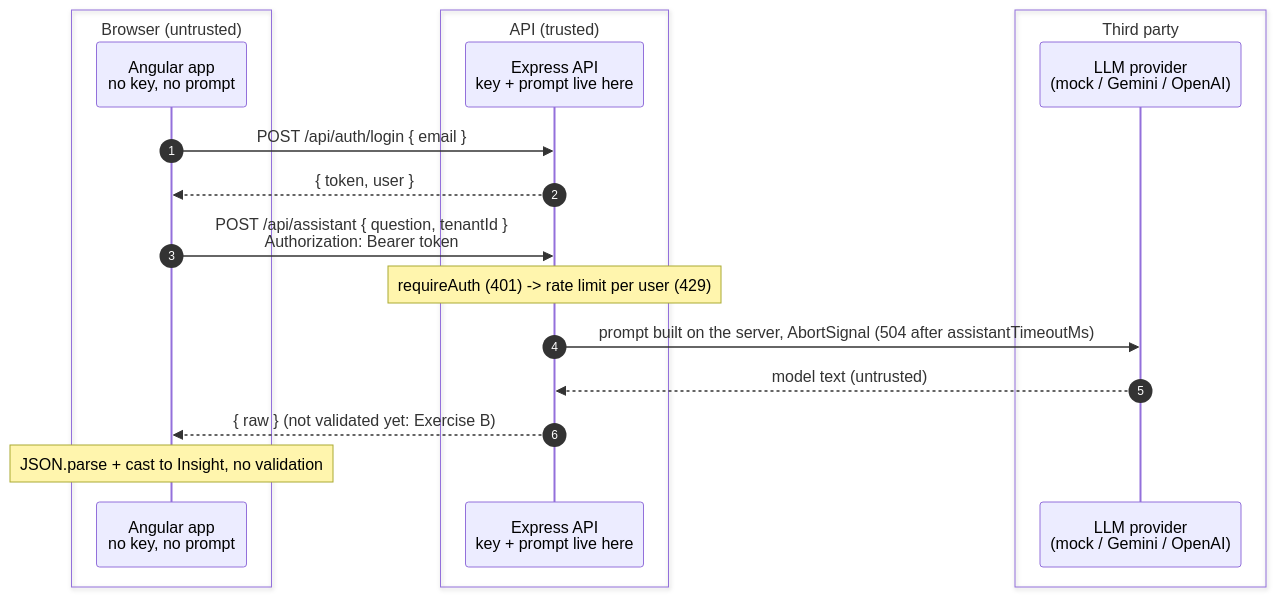
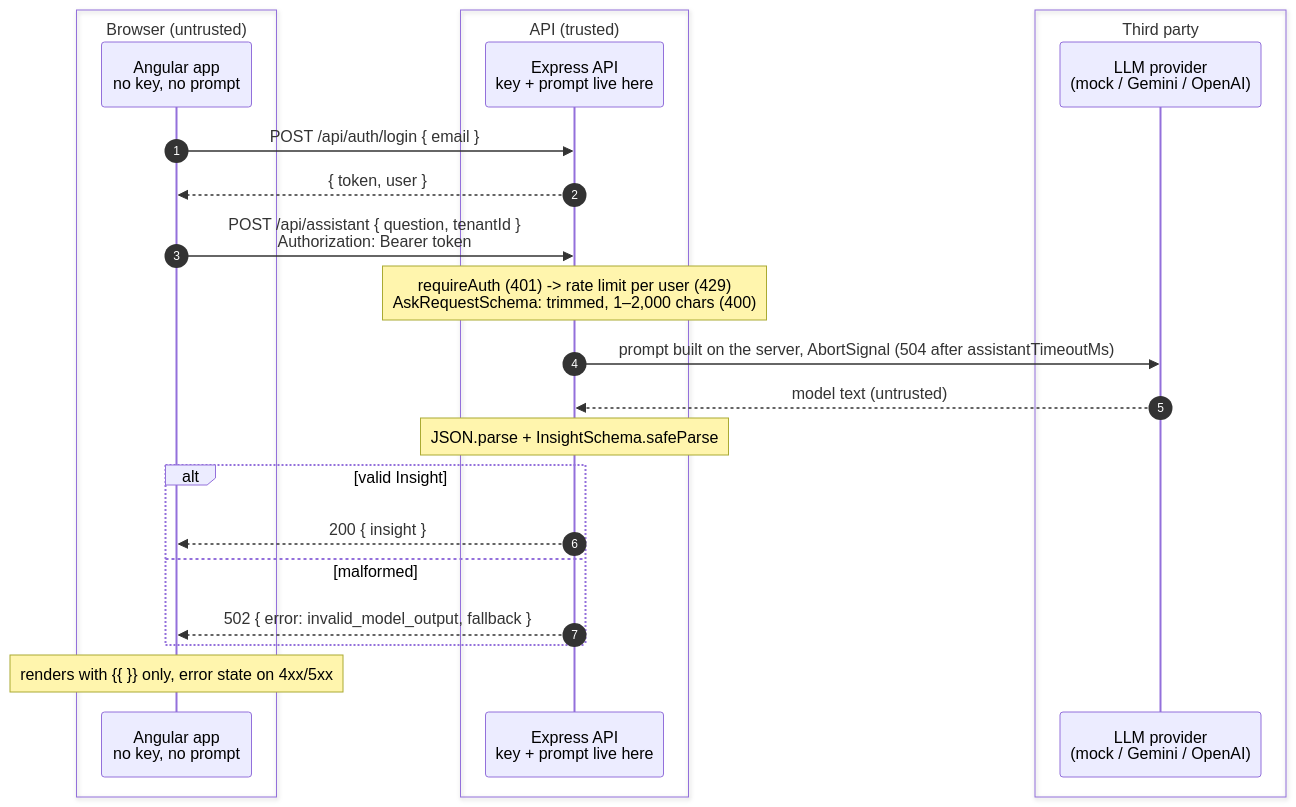
One commit to willmendesneto/workshop-secure-ai-features-in-modern-apps changed the diagram in docs/architecture.md. Above: the diagram before and after it, drawn with Mermaid. The commit also changed other lines of this file and 13 other files, not shown here.

Commit message:
feat(step-3): solve exercise B (input limits, output schema, 502 fallback); add exercise C materials

````diff
--- a/docs/architecture.md
+++ b/docs/architecture.md
@@ -17,21 +17,26 @@
 ```mermaid
 sequenceDiagram
   autonumber
   box Browser (untrusted)
     participant UI as Angular app<br/>no key, no prompt
   end
   box API (trusted)
     participant API as Express API<br/>key + prompt live here
   end
   box Third party
     participant P as LLM provider<br/>(mock / Gemini / OpenAI)
   end
   UI->>API: POST /api/auth/login { email }
   API-->>UI: { token, user }
   UI->>API: POST /api/assistant { question, tenantId }<br/>Authorization: Bearer token
-  Note over API: requireAuth (401) -> rate limit per user (429)
+  Note over API: requireAuth (401) -> rate limit per user (429)<br/>AskRequestSchema: trimmed, 1–2,000 chars (400)
   API->>P: prompt built on the server, AbortSignal (504 after assistantTimeoutMs)
   P-->>API: model text (untrusted)
-  API-->>UI: { raw } (not validated yet: Exercise B)
-  Note over UI: JSON.parse + cast to Insight, no validation
+  Note over API: JSON.parse + InsightSchema.safeParse
+  alt valid Insight
+    API-->>UI: 200 { insight }
+  else malformed
+    API-->>UI: 502 { error: invalid_model_output, fallback }
+  end
+  Note over UI: renders with {{ }} only, error state on 4xx/5xx
 ```
````
